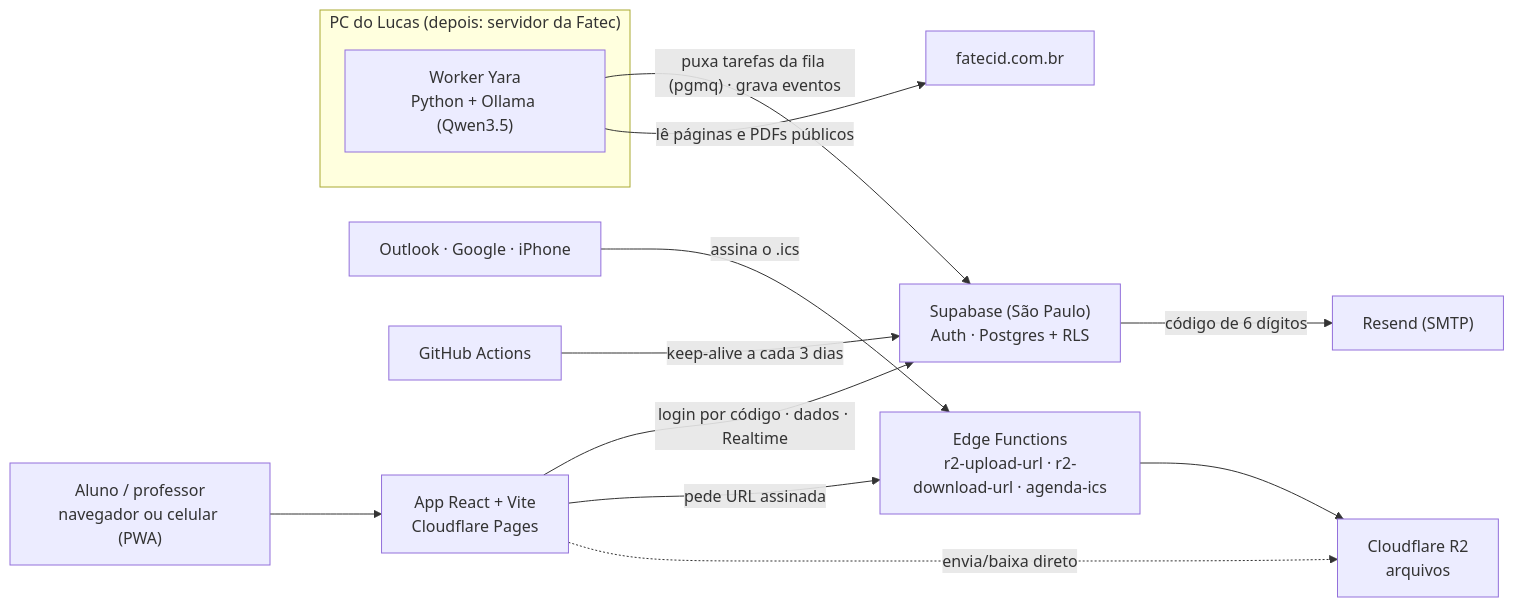
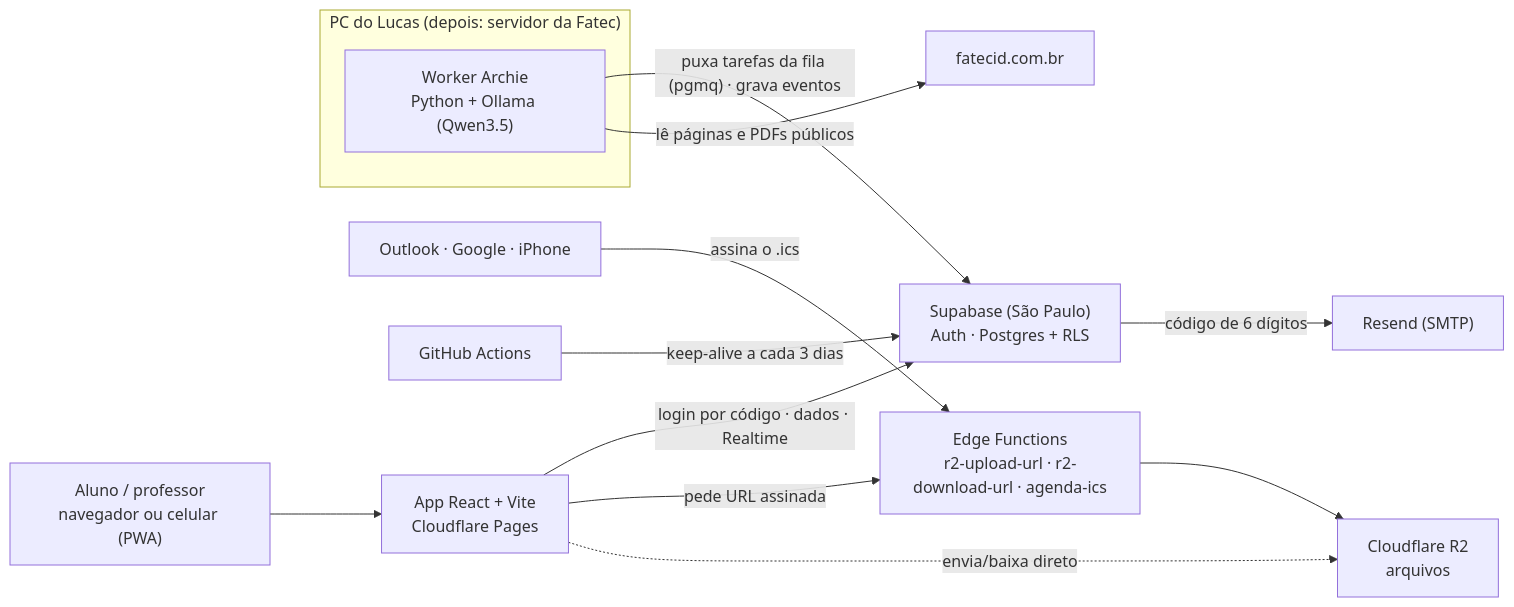
The diagram in docs/arquitetura.md (tsaistrinta/central-de-estudos), drawn with Mermaid before and after one commit. The commit also changed other lines of this file and 63 other files, not shown here.

````diff
--- a/docs/arquitetura.md
+++ b/docs/arquitetura.md
@@ -5,16 +5,16 @@
 ```mermaid
 flowchart LR
     U["Aluno / professor<br/>navegador ou celular (PWA)"] --> FE["App React + Vite<br/>Cloudflare Pages"]
     FE -->|"login por código · dados · Realtime"| SB["Supabase (São Paulo)<br/>Auth · Postgres + RLS"]
     FE -->|"pede URL assinada"| EF["Edge Functions<br/>r2-upload-url · r2-download-url · agenda-ics"]
     EF --> R2["Cloudflare R2<br/>arquivos"]
     FE -.->|"envia/baixa direto"| R2
     SB -->|"código de 6 dígitos"| RS["Resend (SMTP)"]
     OUT["Outlook · Google · iPhone"] -->|"assina o .ics"| EF
     subgraph PC["PC do Lucas (depois: servidor da Fatec)"]
-      Y["Worker Yara<br/>Python + Ollama (Qwen3.5)"]
+      Y["Worker Archie<br/>Python + Ollama (Qwen3.5)"]
     end
     Y -->|"puxa tarefas da fila (pgmq) · grava eventos"| SB
     Y -->|"lê páginas e PDFs públicos"| SITE["fatecid.com.br"]
     GH["GitHub Actions"] -->|"keep-alive a cada 3 dias"| SB
 ```
````
